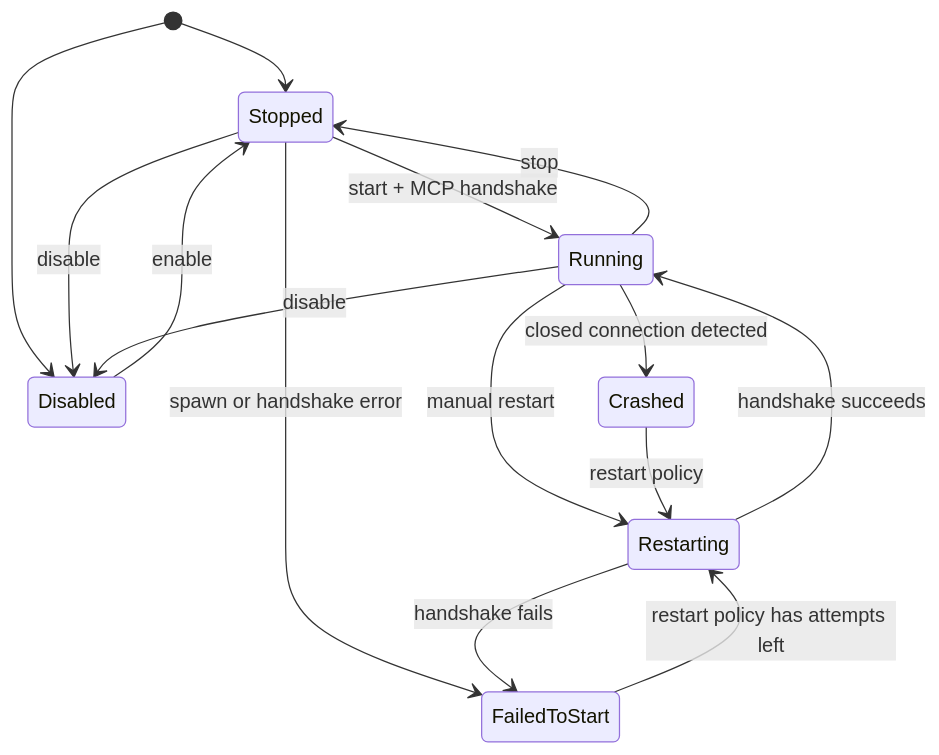
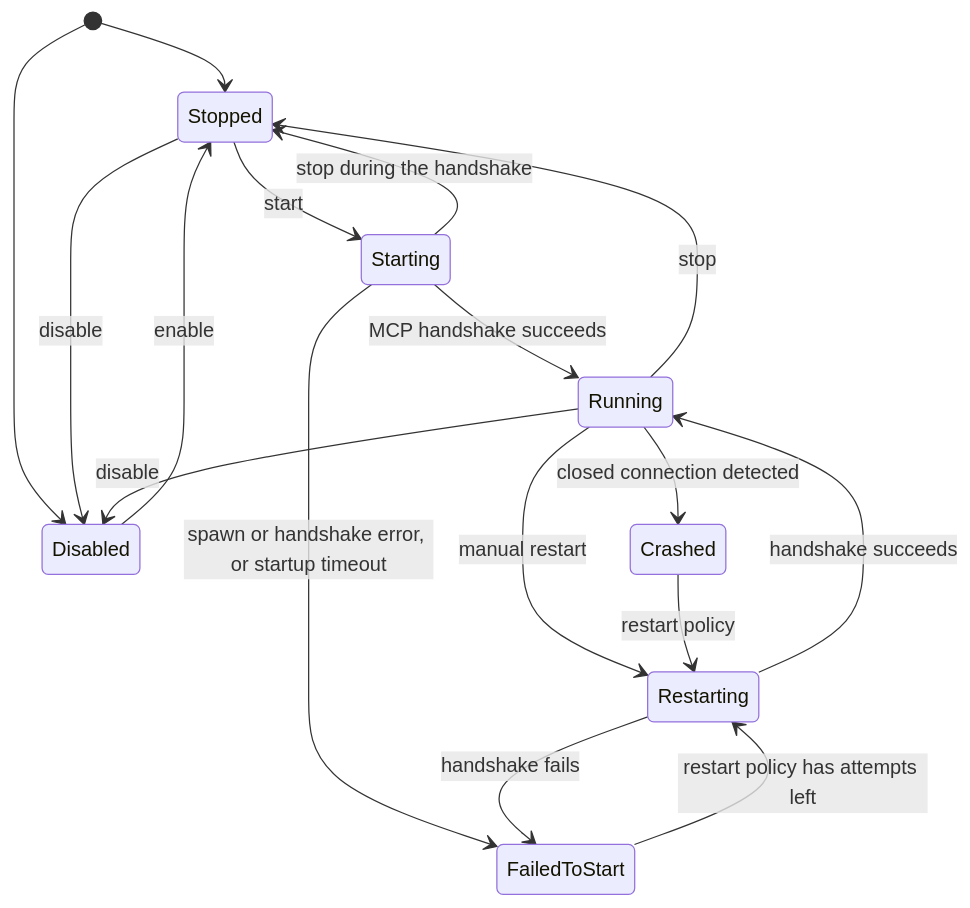
One commit to dux-web/adk-rust changed the diagram in docs/official_docs/mcp/manager.md. Above: the diagram before and after it, drawn with Mermaid. The commit also changed other lines of this file and 72 other files, not shown here.

First line of the commit message:
fix!: harden tool schemas, MCP, skills, auth and code execution (#881)

````diff
--- a/docs/official_docs/mcp/manager.md
+++ b/docs/official_docs/mcp/manager.md
@@ -13,17 +13,19 @@
 ```mermaid
 stateDiagram-v2
     [*] --> Stopped
     [*] --> Disabled
-    Stopped --> Running: start + MCP handshake
-    Stopped --> FailedToStart: spawn or handshake error
+    Stopped --> Starting: start
+    Starting --> Running: MCP handshake succeeds
+    Starting --> FailedToStart: spawn or handshake error, or startup timeout
+    Starting --> Stopped: stop during the handshake
     Running --> Stopped: stop
     Running --> Restarting: manual restart
     Running --> Crashed: closed connection detected
     Crashed --> Restarting: restart policy
     FailedToStart --> Restarting: restart policy has attempts left
     Restarting --> Running: handshake succeeds
     Restarting --> FailedToStart: handshake fails
     Disabled --> Stopped: enable
     Stopped --> Disabled: disable
     Running --> Disabled: disable
 ```
````
